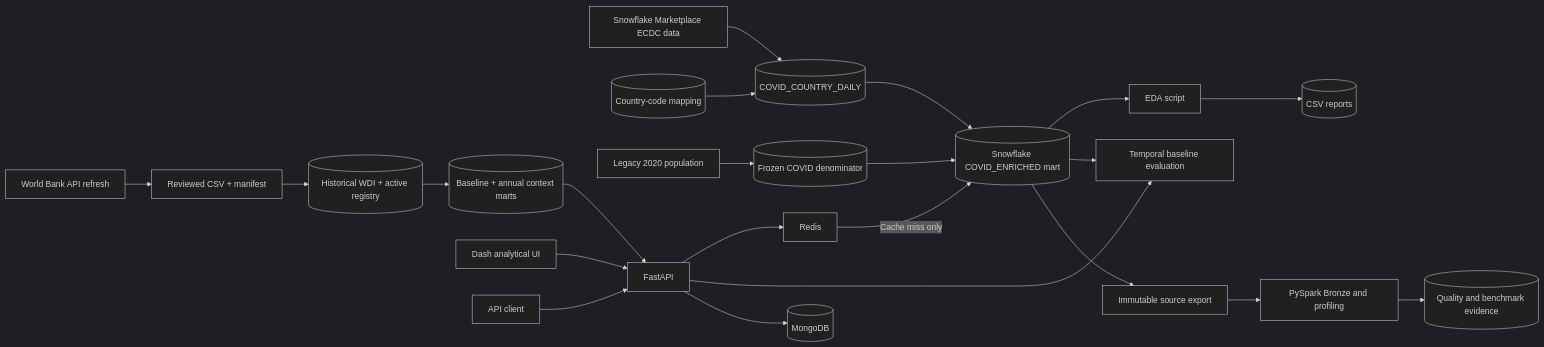
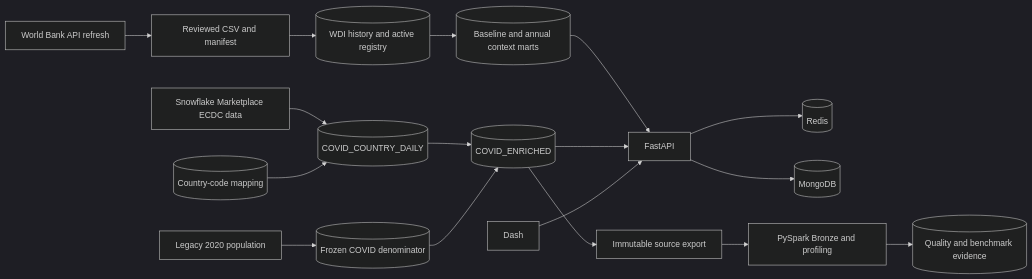
One commit to synku20777/bootcamp-project changed the diagram in README.md. Above: the diagram before and after it, drawn with Mermaid (dark theme). The commit also changed other lines of this file and 2 other files, not shown here.

````diff
--- a/README.md
+++ b/README.md
@@ -443,26 +368,19 @@
 ```mermaid
 flowchart LR
     Market[Snowflake Marketplace ECDC data] --> Staging[(COVID_COUNTRY_DAILY)]
     Mapping[(Country-code mapping)] --> Staging
-    WB[World Bank API refresh] --> Snapshot[Reviewed CSV + manifest]
-    Snapshot --> Registry[(Historical WDI + active registry)]
-    Registry --> Context[(Baseline + annual context marts)]
+    WB[World Bank API refresh] --> Snapshot[Reviewed CSV and manifest]
+    Snapshot --> Registry[(WDI history and active registry)]
+    Registry --> Context[(Baseline and annual context marts)]
     Legacy[Legacy 2020 population] --> Denominator[(Frozen COVID denominator)]
-    Staging --> Marts[(Snowflake COVID_ENRICHED mart)]
+    Staging --> Marts[(COVID_ENRICHED)]
     Denominator --> Marts
-    Context --> API
-    Marts --> EDA[EDA script]
-    EDA --> Reports[(CSV reports)]
-
-    Browser[Dash analytical UI] --> API[FastAPI]
-    Client[API client] --> API
-    API --> Redis
-    Redis -->|Cache miss only| Marts
-    API --> Forecast[Temporal baseline evaluation]
-    Marts --> Forecast
+    Context --> API[FastAPI]
+    Marts --> API
+    API --> Redis[(Redis)]
     API --> Mongo[(MongoDB)]
-
+    Browser[Dash] --> API
     Marts --> Export[Immutable source export]
     Export --> Spark[PySpark Bronze and profiling]
     Spark --> Evidence[(Quality and benchmark evidence)]
 ```
````
